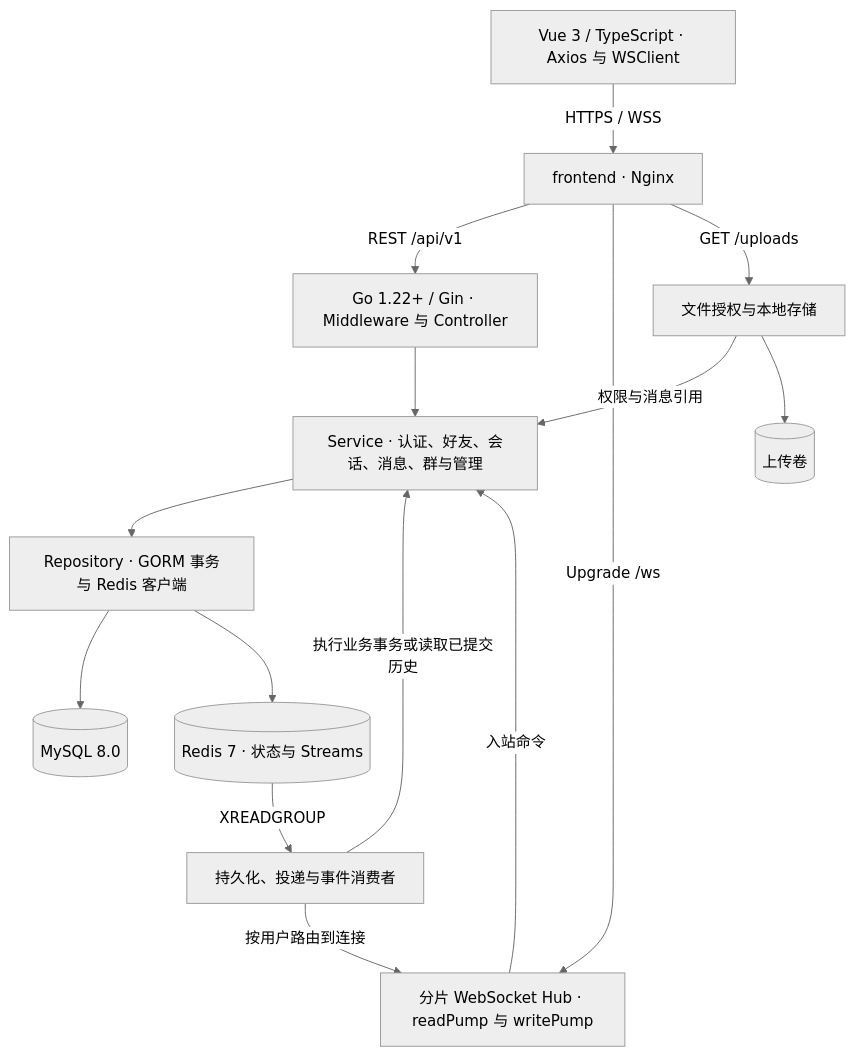
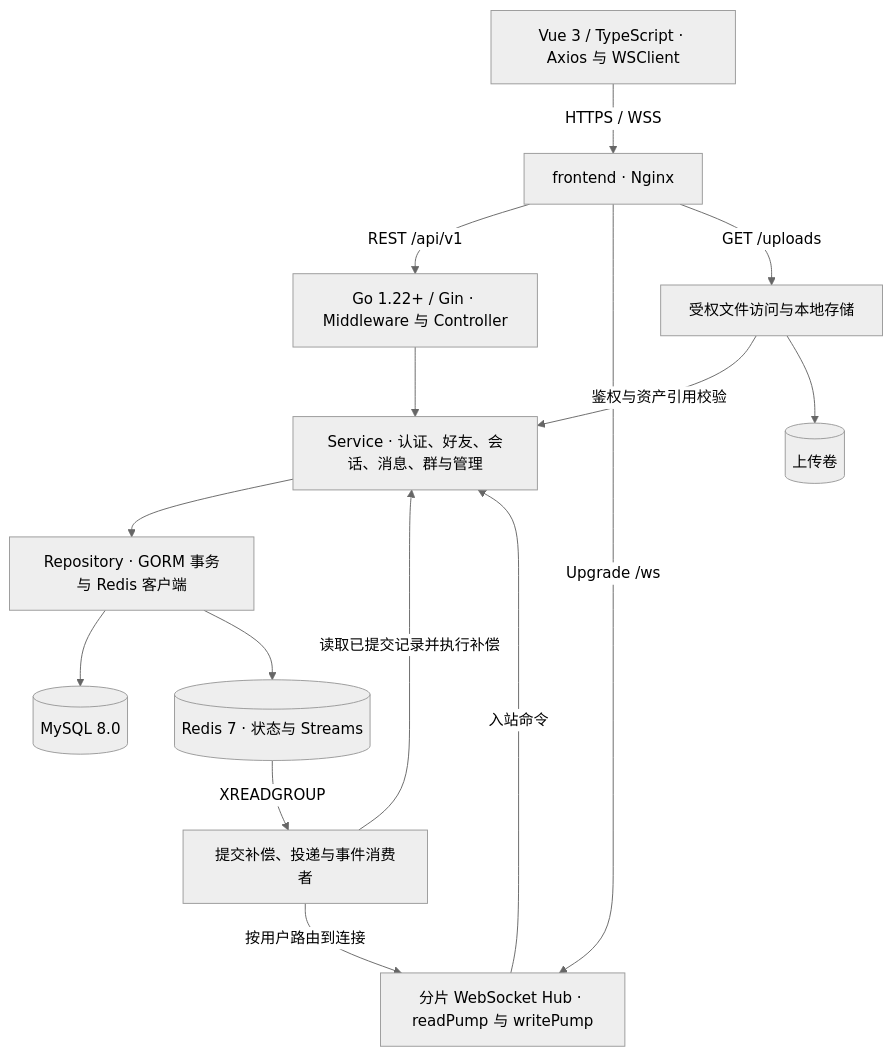
The first of 2 diagrams in docs/architecture.md (NowPion/enterprise-im), drawn with Mermaid (neutral theme) before and after one commit. The commit also changed other lines of this file, not shown here.

````diff
--- a/docs/architecture.md
+++ b/docs/architecture.md
@@ -7,17 +7,17 @@
 ```mermaid
 flowchart TD
     UI["Vue 3 / TypeScript · Axios 与 WSClient"] -->|HTTPS / WSS| NG["frontend · Nginx"]
     NG -->|REST /api/v1| API["Go 1.22+ / Gin · Middleware 与 Controller"]
     NG -->|Upgrade /ws| HUB["分片 WebSocket Hub · readPump 与 writePump"]
-    NG -->|GET /uploads| FILE["文件授权与本地存储"]
+    NG -->|GET /uploads| FILE["受权文件访问与本地存储"]
     API --> SVC["Service · 认证、好友、会话、消息、群与管理"]
     HUB -->|入站命令| SVC
     SVC --> REPO["Repository · GORM 事务与 Redis 客户端"]
     REPO --> DB[("MySQL 8.0")]
     REPO --> R[("Redis 7 · 状态与 Streams")]
-    R -->|XREADGROUP| W["持久化、投递与事件消费者"]
-    W -->|执行业务事务或读取已提交历史| SVC
+    R -->|XREADGROUP| W["提交补偿、投递与事件消费者"]
+    W -->|读取已提交记录并执行补偿| SVC
     W -->|按用户路由到连接| HUB
-    FILE -->|权限与消息引用| SVC
+    FILE -->|鉴权与资产引用校验| SVC
     FILE --> VOL[("上传卷")]
 ```
````
